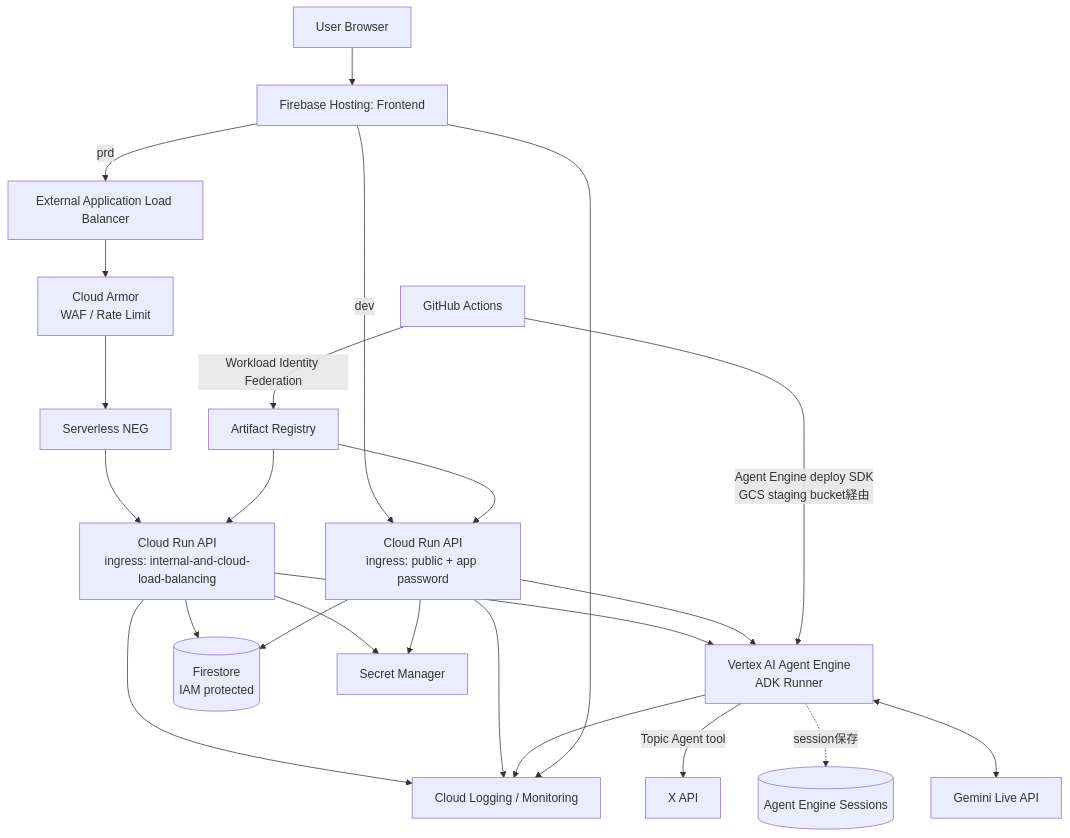
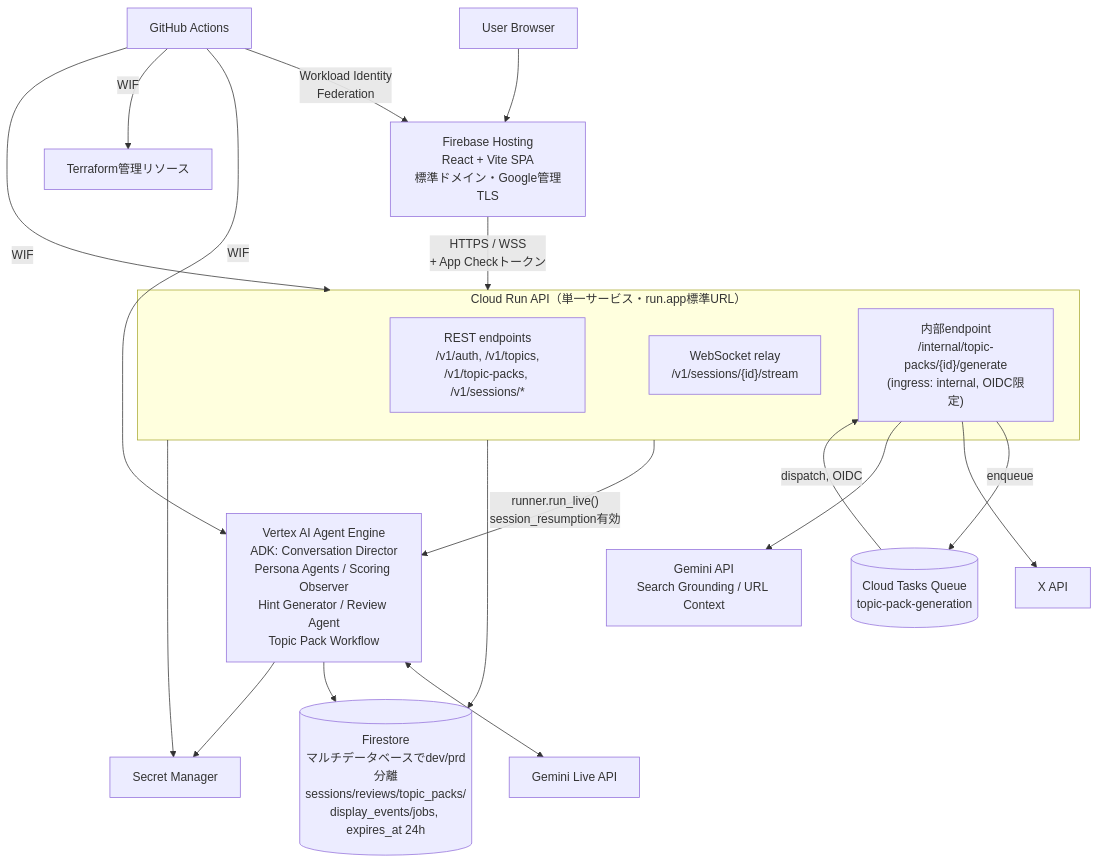
The first of 4 diagrams in docs/infra/01_ARCHITECTURE.md (tasugiya/real_conversation_agents), drawn with Mermaid before and after one commit. The commit also changed other lines of this file and 4 other files, not shown here.

````diff
--- a/docs/infra/01_ARCHITECTURE.md
+++ b/docs/infra/01_ARCHITECTURE.md
@@ -96,33 +33,29 @@
 ```mermaid
 flowchart TD
-    User[User Browser] --> FE[Firebase Hosting: Frontend]
+    U[User Browser] --> FH[Firebase Hosting<br/>React + Vite SPA<br/>標準ドメイン・Google管理TLS]
+    FH -- "HTTPS / WSS<br/>+ App Checkトークン" --> API
 
-    FE -->|prd| APILB[External Application Load Balancer]
-    APILB --> Armor[Cloud Armor<br/>WAF / Rate Limit]
-    Armor --> APINEG[Serverless NEG]
-    APINEG --> API[Cloud Run API<br/>ingress: internal-and-cloud-load-balancing]
+    subgraph API["Cloud Run API（単一サービス・run.app標準URL）"]
+        REST["REST endpoints<br/>/v1/auth, /v1/topics,<br/>/v1/topic-packs, /v1/sessions/*"]
+        WS["WebSocket relay<br/>/v1/sessions/{id}/stream"]
+        TASKH["内部endpoint<br/>/internal/topic-packs/{id}/generate<br/>(ingress: internal, OIDC限定)"]
+    end
 
-    FE -->|dev| APIDev[Cloud Run API<br/>ingress: public + app password]
+    API -- "runner.run_live()<br/>session_resumption有効" --> AE[Vertex AI Agent Engine<br/>ADK: Conversation Director<br/>Persona Agents / Scoring Observer<br/>Hint Generator / Review Agent<br/>Topic Pack Workflow]
+    AE <--> Live[Gemini Live API]
 
-    API --> AE[Vertex AI Agent Engine<br/>ADK Runner]
-    APIDev --> AE
+    TASKH -->|enqueue| CT[(Cloud Tasks Queue<br/>topic-pack-generation)]
+    CT -->|dispatch, OIDC| TASKH
+    TASKH --> XAPI[X API]
+    TASKH --> GeminiG[Gemini API<br/>Search Grounding / URL Context]
 
-    AE <--> Live[Gemini Live API]
-    AE -.session保存.-> VSess[(Agent Engine Sessions)]
-    AE -->|Topic Agent tool| XAPI[X API]
+    API --> FS[(Firestore<br/>マルチデータベースでdev/prd分離<br/>sessions/reviews/topic_packs/<br/>display_events/jobs, expires_at 24h)]
+    API --> SM[Secret Manager]
+    AE --> FS
+    AE --> SM
 
-    API --> FS[(Firestore<br/>IAM protected)]
-    APIDev --> FS
-    API --> SM[Secret Manager]
-    APIDev --> SM
-
-    API --> Logs[Cloud Logging / Monitoring]
-    APIDev --> Logs
-    AE --> Logs
-    FE --> Logs
-
-    GH[GitHub Actions] -->|Workload Identity Federation| AR[Artifact Registry]
-    GH -->|Agent Engine deploy SDK<br/>GCS staging bucket経由| AE
-    AR --> API
-    AR --> APIDev
+    GH[GitHub Actions] -- "Workload Identity<br/>Federation" --> FH
+    GH -- WIF --> API
+    GH -- WIF --> AE
+    GH -- WIF --> TF[Terraform管理リソース]
 ```
````
